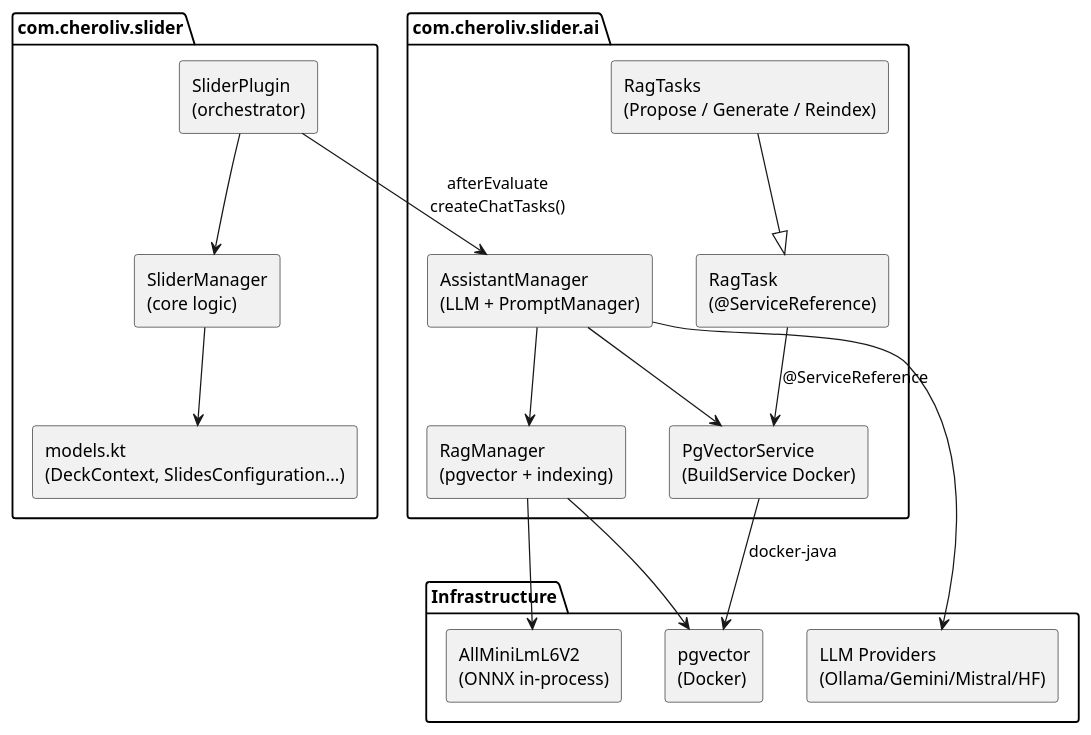
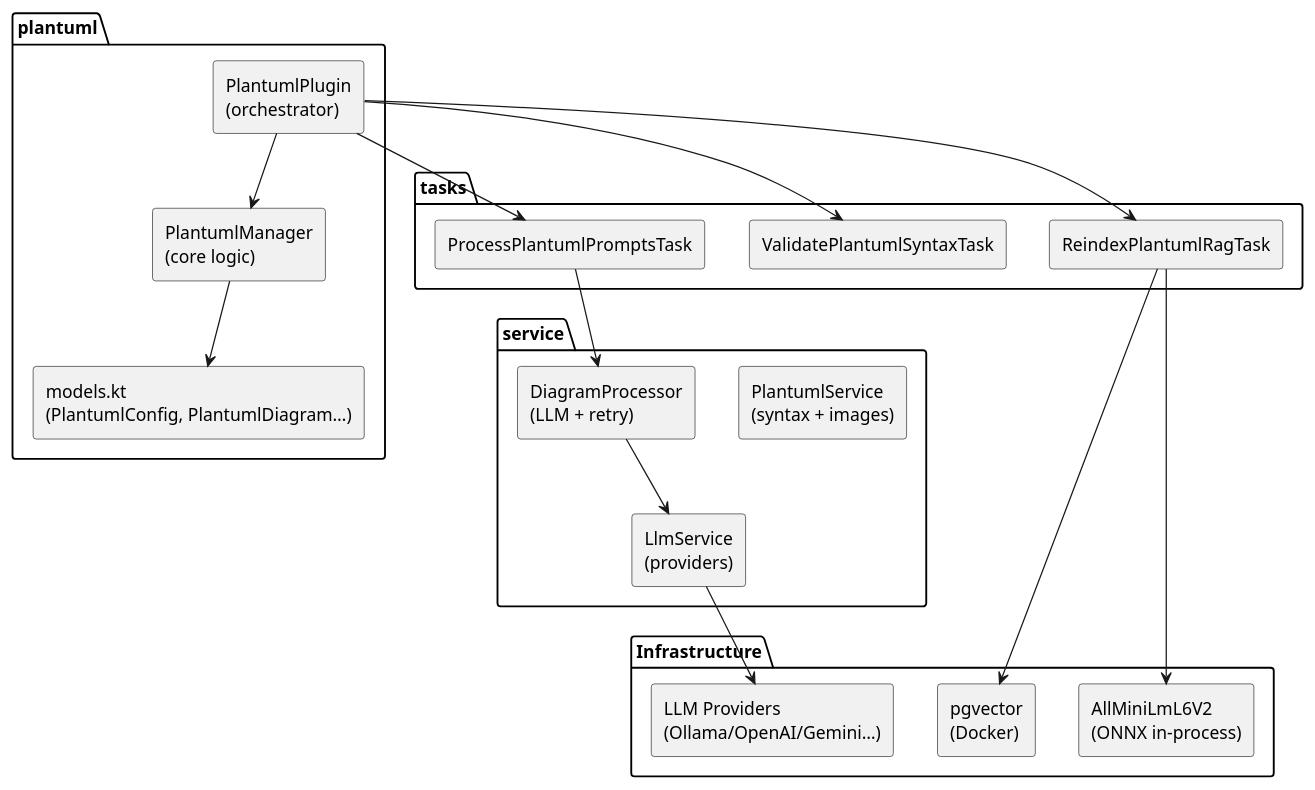
Before and after one commit to cheroliv/plantuml-gradle: the first of 4 diagrams in plantuml-plugin/README_truth.adoc, drawn with PlantUML. The commit also changed other lines of this file and 8 other files, not shown here.

Commit message:
Rename plugin from Slider to PlantUML and update documentation to reflect new focus on AI-driven PlantUML diagram generation.

```diff
--- a/plantuml-plugin/README_truth.adoc
+++ b/plantuml-plugin/README_truth.adoc
@@ -70,38 +69,41 @@
 [plantuml]
 ----
 @startuml
 skinparam componentStyle rectangle
 
-package "com.cheroliv.slider" {
-  component "SliderPlugin\n(orchestrator)" as Plugin
-  component "SliderManager\n(core logic)" as Manager
-  component "models.kt\n(DeckContext, SlidesConfiguration…)" as Models
+package "plantuml" {
+  component "PlantumlPlugin\n(orchestrator)" as Plugin
+  component "PlantumlManager\n(core logic)" as Manager
+  component "models.kt\n(PlantumlConfig, PlantumlDiagram…)" as Models
 }
 
-package "com.cheroliv.slider.ai" {
-  component "AssistantManager\n(LLM + PromptManager)" as AM
-  component "RagManager\n(pgvector + indexing)" as RM
-  component "PgVectorService\n(BuildService Docker)" as PGS
-  component "RagTask\n(@ServiceReference)" as RT
-  component "RagTasks\n(Propose / Generate / Reindex)" as RTS
+package "service" {
+  component "PlantumlService\n(syntax + images)" as PS
+  component "DiagramProcessor\n(LLM + retry)" as DP
+  component "LlmService\n(providers)" as LS
+}
+
+package "tasks" {
+  component "ProcessPlantumlPromptsTask" as PPT
+  component "ValidatePlantumlSyntaxTask" as VST
+  component "ReindexPlantumlRagTask" as RRT
 }
 
 package "Infrastructure" {
   component "pgvector\n(Docker)" as PG
   component "AllMiniLmL6V2\n(ONNX in-process)" as Embed
-  component "LLM Providers\n(Ollama/Gemini/Mistral/HF)" as LLM
+  component "LLM Providers\n(Ollama/OpenAI/Gemini…)" as LLM
 }
 
 Plugin --> Manager
-Plugin --> AM : afterEvaluate\ncreateChatTasks()
+Plugin --> PPT
+Plugin --> VST
+Plugin --> RRT
 Manager --> Models
-AM --> RM
-AM --> PGS
-AM --> LLM
-RTS --|> RT
-RT --> PGS : @ServiceReference
-RM --> PG
-RM --> Embed
-PGS --> PG : docker-java
+PPT --> DP
+DP --> LS
+LS --> LLM
+RRT --> PG
+RRT --> Embed
 @enduml
 ----
```
